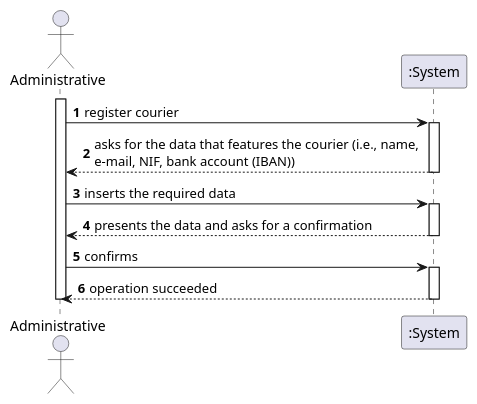
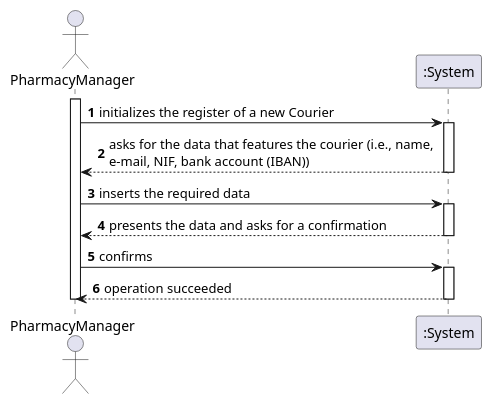
One commit to tiagoavcosta25/LAPR3 changed the diagram in docs/Iteration 1/Courier Management/US19_RegisterCourier/US19_SSD.puml. Above: the diagram before and after it, drawn with PlantUML. The commit also changed 10 other files, not shown here.

Commit message:
LAPR2AP2 - 19 #fix RegisterCourier [Analysis] LAPR2AP2 - 19 #fix RegisterCourier [Design] LAPR2AP2 - 19 #fix RegisterCourier [Implementation]

```diff
--- a/docs/Iteration 1/Courier Management/US19_RegisterCourier/US19_SSD.puml
+++ b/docs/Iteration 1/Courier Management/US19_RegisterCourier/US19_SSD.puml
@@ -1,23 +1,23 @@
 @startuml
 autonumber
-actor "Administrative" as ADM
+actor "PharmacyManager" as ADM
 
 activate ADM
-ADM -> ":System" : register courier
+ADM -> ":System" : initializes the register of a new Courier
 activate ":System"
 ":System" --> ADM : asks for the data that features the courier (i.e., name, \ne-mail, NIF, bank account (IBAN))
 deactivate ":System"
 
 
 ADM -> ":System" : inserts the required data
 activate ":System"
 ":System" --> ADM : presents the data and asks for a confirmation
 deactivate ":System"
 
 ADM -> ":System" : confirms
 activate ":System"
 ":System" --> ADM : operation succeeded
 deactivate ":System"
 
 deactivate ADM
 @enduml
```
